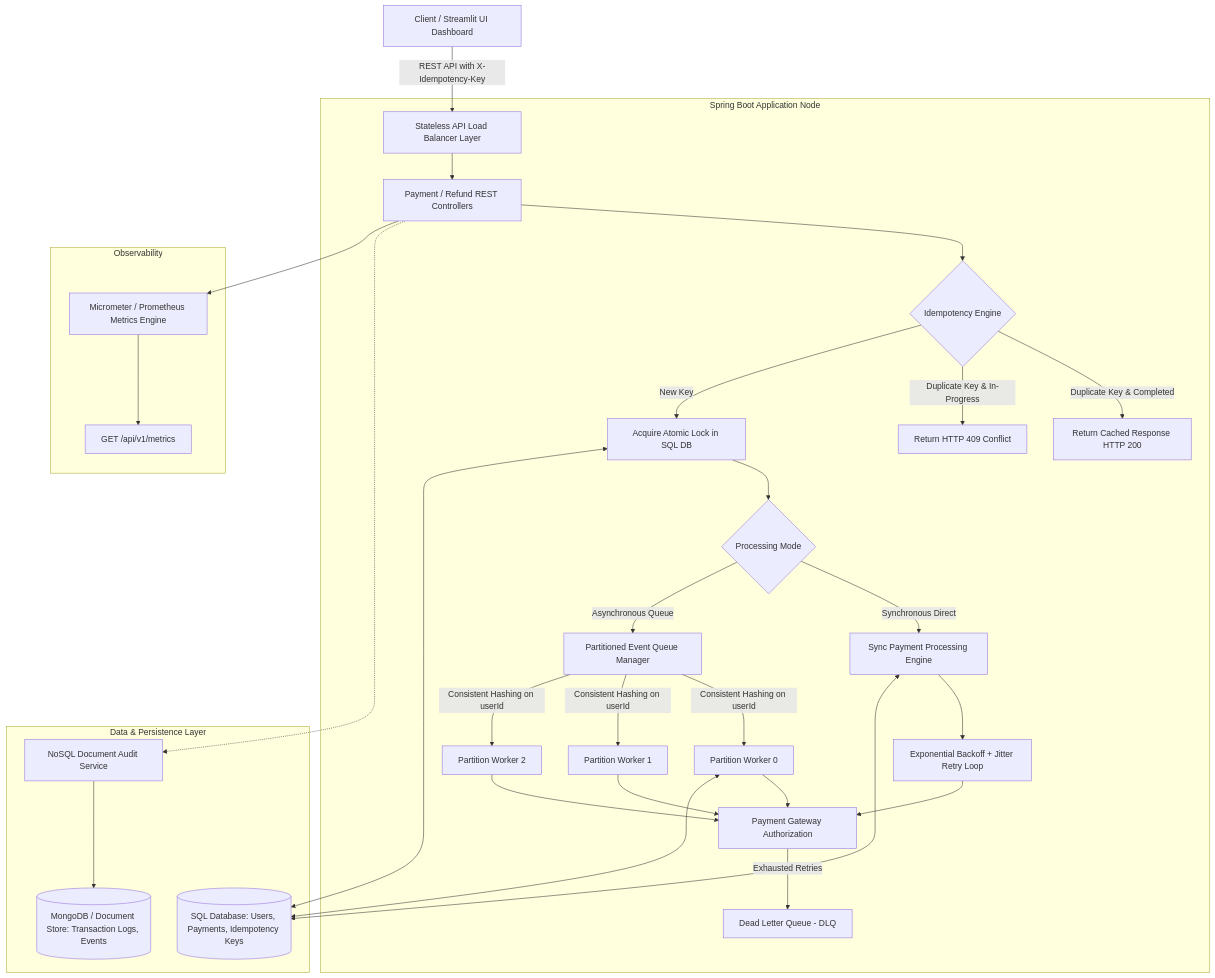
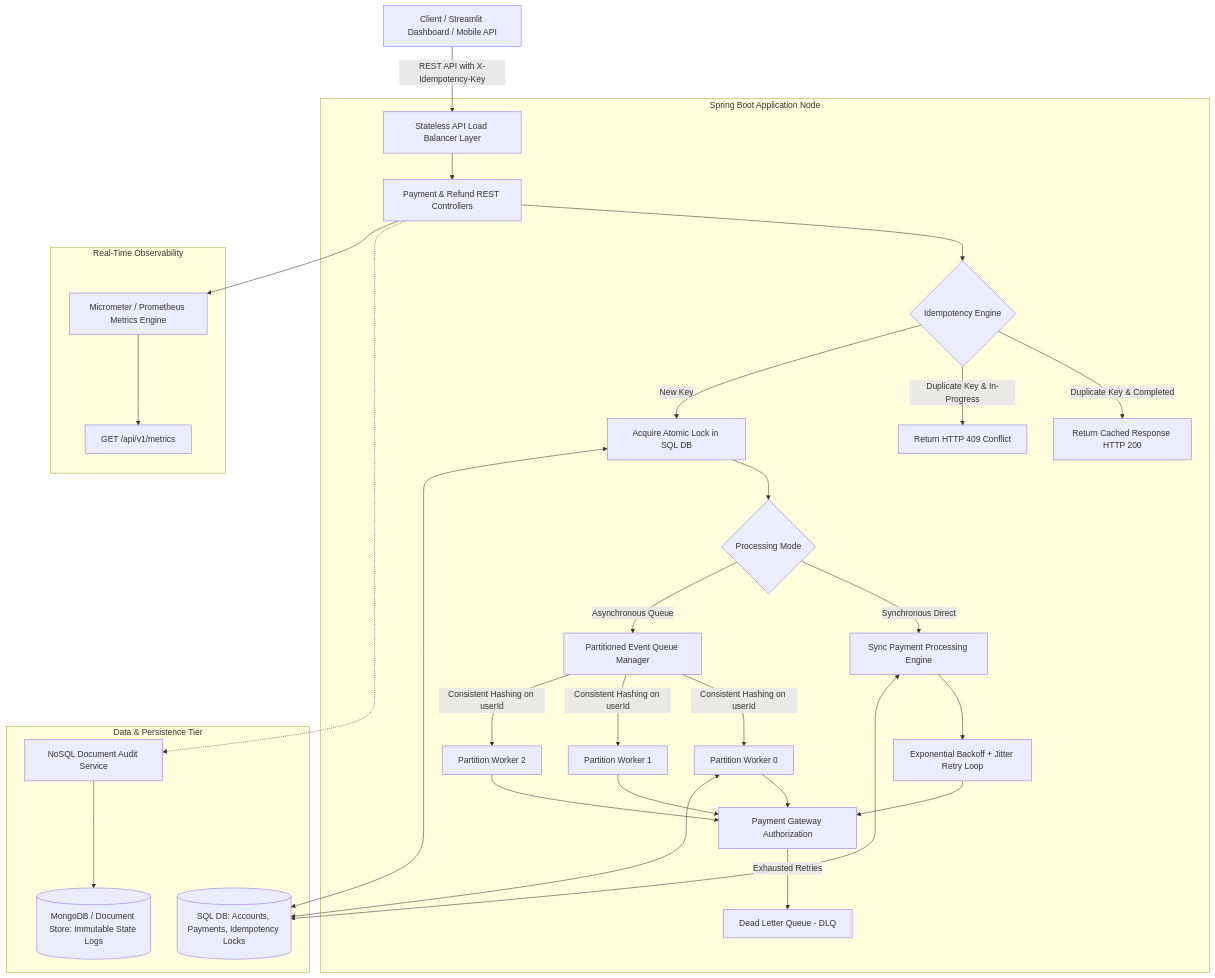
Before and after one commit to Dhanya562004/distributed-fault-tolerant-payment-system: the diagram in README.md, drawn with Mermaid. The commit also changed other lines of this file, not shown here.

Commit message:
docs: update README.md with live Streamlit Cloud demo link, modern badges, architectural flowchart, and API spec

````diff
--- a/README.md
+++ b/README.md
@@ -11,45 +23,45 @@
 ```mermaid
 flowchart TD
-    Client[Client / Streamlit UI Dashboard] -->|REST API with X-Idempotency-Key| LoadBalancer[Stateless API Load Balancer Layer]
+    Client[Client / Streamlit Dashboard / Mobile API] -->|REST API with X-Idempotency-Key| LoadBalancer[Stateless API Load Balancer Layer]
     
     subgraph Spring Boot Application Node
-        LoadBalancer --> APIController[Payment / Refund REST Controllers]
+        LoadBalancer --> APIController[Payment & Refund REST Controllers]
         APIController --> IdempotencyGuard{Idempotency Engine}
         
         IdempotencyGuard -->|Duplicate Key & Completed| ReturnCached[Return Cached Response HTTP 200]
         IdempotencyGuard -->|Duplicate Key & In-Progress| ReturnConflict[Return HTTP 409 Conflict]
         IdempotencyGuard -->|New Key| LockKey[Acquire Atomic Lock in SQL DB]
         
         LockKey --> RouteDecision{Processing Mode}
         
         RouteDecision -->|Synchronous Direct| SyncEngine[Sync Payment Processing Engine]
         RouteDecision -->|Asynchronous Queue| PartitionRing[Partitioned Event Queue Manager]
         
         SyncEngine --> RetryLoop[Exponential Backoff + Jitter Retry Loop]
         RetryLoop --> GatewaySimulator[Payment Gateway Authorization]
         
         PartitionRing -->|Consistent Hashing on userId| Worker1[Partition Worker 0]
         PartitionRing -->|Consistent Hashing on userId| Worker2[Partition Worker 1]
         PartitionRing -->|Consistent Hashing on userId| Worker3[Partition Worker 2]
         
         Worker1 --> GatewaySimulator
         Worker2 --> GatewaySimulator
         Worker3 --> GatewaySimulator
         
         GatewaySimulator -->|Exhausted Retries| DLQ[Dead Letter Queue - DLQ]
     end
 
-    subgraph Data & Persistence Layer
-        LockKey <---> PostgreSQL[(SQL Database: Users, Payments, Idempotency Keys)]
+    subgraph Data & Persistence Tier
+        LockKey <---> PostgreSQL[(SQL DB: Accounts, Payments, Idempotency Locks)]
         SyncEngine <---> PostgreSQL
         Worker1 <---> PostgreSQL
         
         APIController -.-> AuditService[NoSQL Document Audit Service]
-        AuditService ---> MongoDB[(MongoDB / Document Store: Transaction Logs, Events)]
+        AuditService ---> MongoDB[(MongoDB / Document Store: Immutable State Logs)]
     end
 
-    subgraph Observability
+    subgraph Real-Time Observability
         APIController --> MetricsTracker[Micrometer / Prometheus Metrics Engine]
         MetricsTracker --> MetricsEndpoint[GET /api/v1/metrics]
     end
 ```
````
